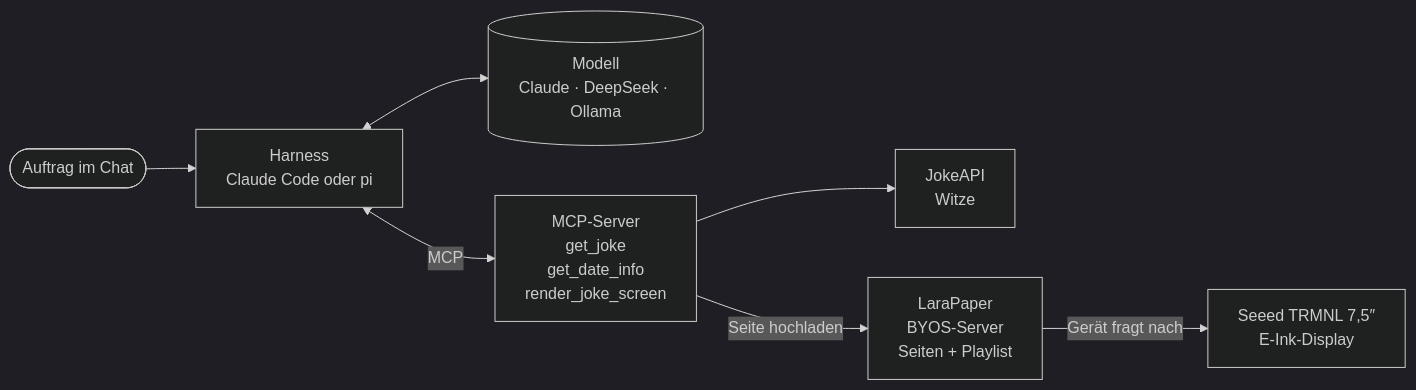
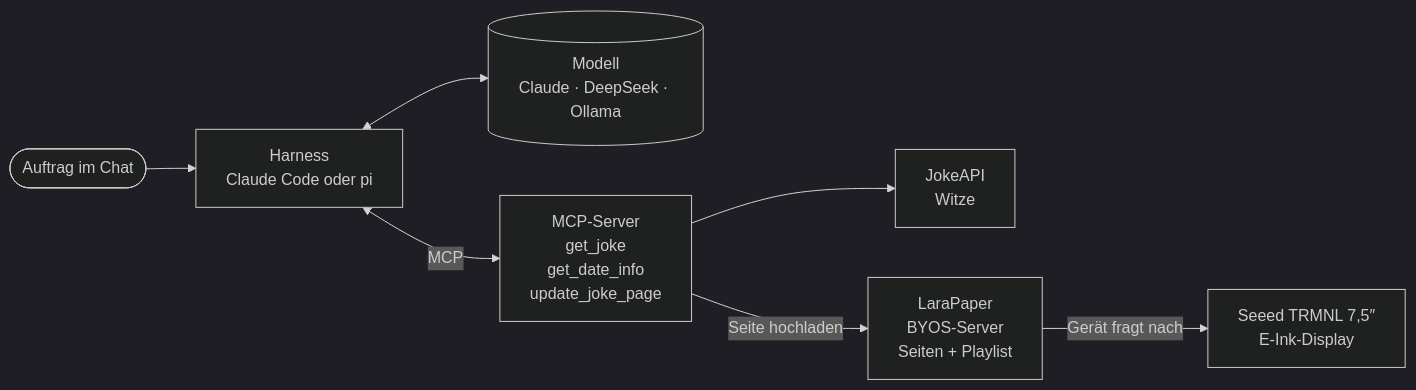
Before and after one commit to Stiriacus/TRMNL-MCP: the diagram in docs-guide/index.md, drawn with Mermaid (dark theme). The commit also changed other lines of this file and 16 other files, not shown here.

````diff
--- a/docs-guide/index.md
+++ b/docs-guide/index.md
@@ -57,9 +57,9 @@
 ```mermaid
 flowchart LR
     U([Auftrag im Chat]) --> H[Harness<br/>Claude Code oder pi]
     H <--> M[(Modell<br/>Claude · DeepSeek · Ollama)]
-    H <-->|MCP| S[MCP-Server<br/>get_joke<br/>get_date_info<br/>render_joke_screen]
+    H <-->|MCP| S[MCP-Server<br/>get_joke<br/>get_date_info<br/>update_joke_page]
     S --> W[JokeAPI<br/>Witze]
     S -->|Seite hochladen| B[LaraPaper<br/>BYOS-Server<br/>Seiten + Playlist]
     B -->|Gerät fragt nach| D[Seeed TRMNL 7,5″<br/>E-Ink-Display]
 ```
````
